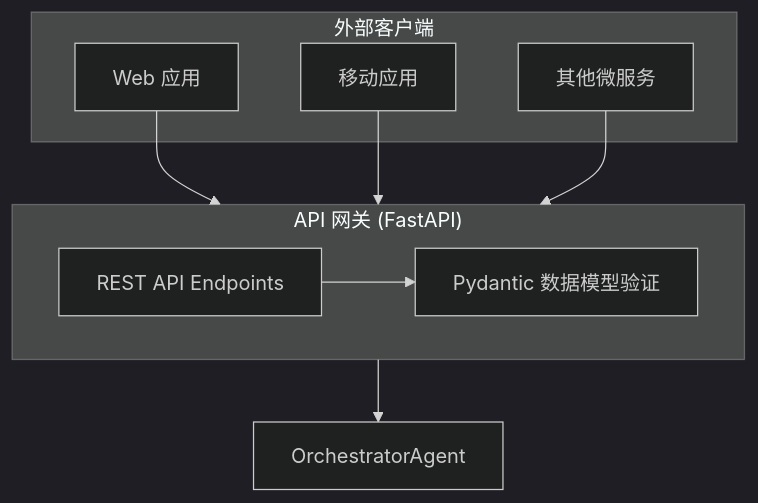
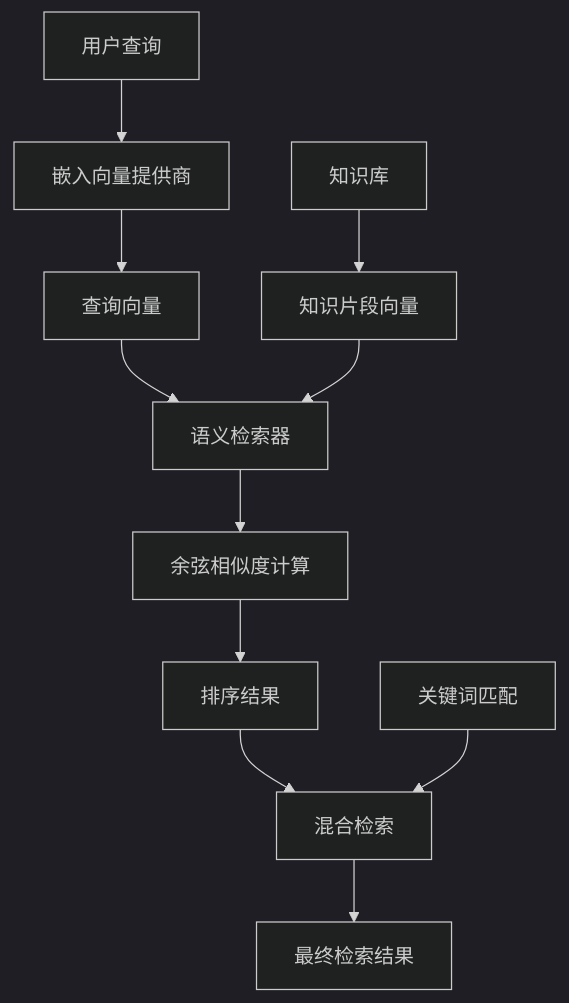
One commit to costa92/translate_demo changed the first of 2 diagrams in docs/consolidated_design.md. Above: the diagram before and after it, drawn with Mermaid (dark theme). The commit also changed other lines of this file and 19 other files, not shown here.

````diff
--- a/docs/consolidated_design.md
+++ b/docs/consolidated_design.md
@@ -274,21 +122,18 @@
 ```mermaid
 graph TD
-    subgraph "外部客户端"
-        Client_Web[Web 应用]
-        Client_Mobile[移动应用]
-        Client_Service[其他微服务]
-    end
-
-    subgraph "API 网关 (FastAPI)"
-        direction LR
-        API[REST API Endpoints]
-        Validation[Pydantic 数据模型验证]
-    end
-
-    Client_Web --> API
-    Client_Mobile --> API
-    Client_Service --> API
-
-    API --> Validation
-    Validation --> O[OrchestratorAgent]
+    Query[用户查询] --> EmbeddingProvider[嵌入向量提供商]
+    EmbeddingProvider --> QueryVector[查询向量]
+    
+    Knowledge[知识库] --> ChunkEmbeddings[知识片段向量]
+    
+    QueryVector --> SemanticRetriever[语义检索器]
+    ChunkEmbeddings --> SemanticRetriever
+    
+    SemanticRetriever --> SimilarityCalc[余弦相似度计算]
+    SimilarityCalc --> RankedResults[排序结果]
+    
+    RankedResults --> HybridRetrieval[混合检索]
+    KeywordMatch[关键词匹配] --> HybridRetrieval
+    
+    HybridRetrieval --> FinalResults[最终检索结果]
 ```
````
